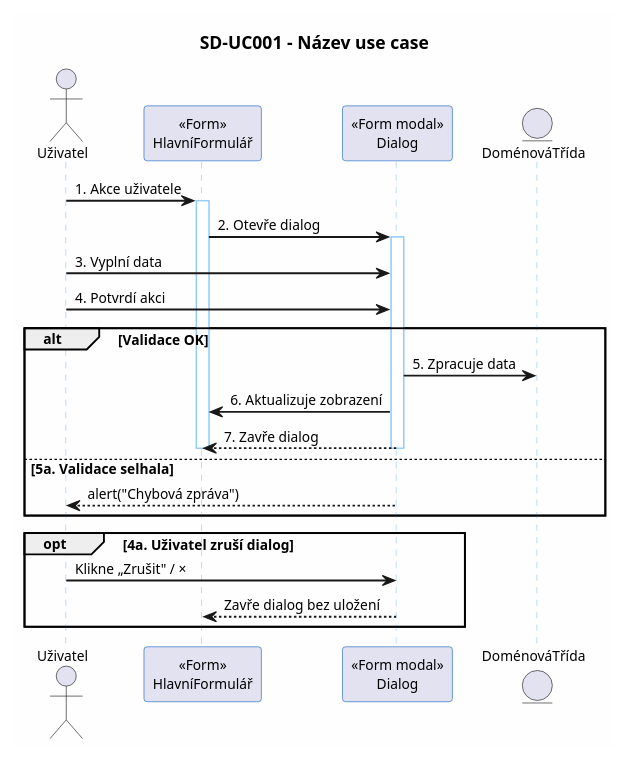
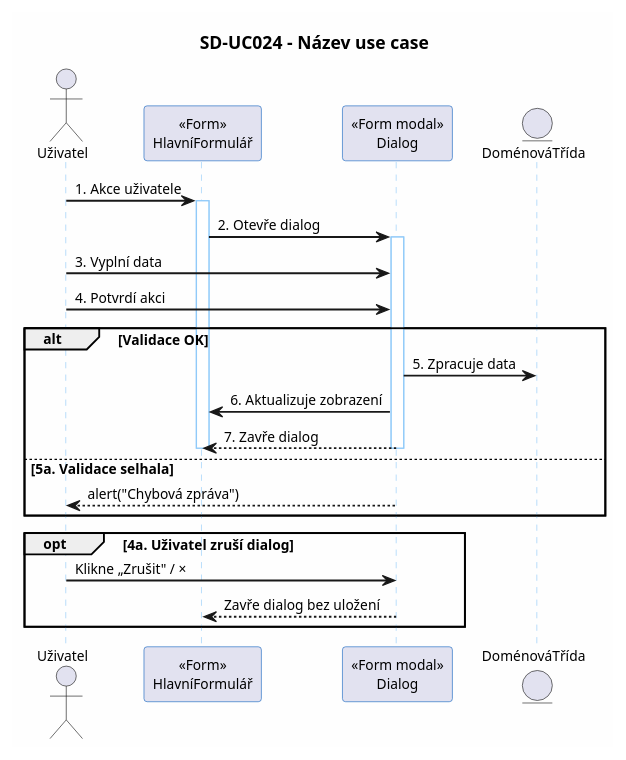
One commit to pvratny-droid/app.pvklok.eu changed the diagram in c3hub/RQU003 - Mise operace cviceni/analyza-md/diagrams/sd_template.puml. Above: the diagram before and after it, drawn with PlantUML. The commit also changed 197 other files, not shown here.

```diff
--- a/c3hub/RQU003 - Mise operace cviceni/analyza-md/diagrams/sd_template.puml
+++ b/c3hub/RQU003 - Mise operace cviceni/analyza-md/diagrams/sd_template.puml
@@ -1,46 +1,46 @@
-@startuml SD-UC001
+@startuml SD-UC024
 skinparam defaultFontName "Segoe UI"
 skinparam defaultFontSize 11
 skinparam backgroundColor #FEFEFE
 skinparam sequenceArrowThickness 1.5
 skinparam sequenceParticipantBorderColor #1565C0
 skinparam sequenceLifeLineBorderColor #90CAF9
 
-title SD-UC001 – Název use case
+title SD-UC024 – Název use case
 
 ' === KONVENCE ===
 ' - Účastníci: actor pro uživatele, participant pro GUI třídy, entity pro doménové třídy
 ' - Stereotypy v názvu: <<Form>>, <<Form grid area>>, <<Form modal>>
 ' - Kroky: číslované (1., 2., 3...) v popiscích zpráv
 ' - Alternativy: alt/else/end fragmenty
 ' - Volitelné toky: opt fragment
 ' - Aktivace/deaktivace pro přehlednost
 
 actor "Uživatel" as U
 participant "<<Form>>\nHlavníFormulář" as HF
 participant "<<Form modal>>\nDialog" as DG
 entity "DoménováTřída" as DT
 
 U -> HF : 1. Akce uživatele
 activate HF
 HF -> DG : 2. Otevře dialog
 activate DG
 U -> DG : 3. Vyplní data
 U -> DG : 4. Potvrdí akci
 
 alt Validace OK
     DG -> DT : 5. Zpracuje data
     DG -> HF : 6. Aktualizuje zobrazení
     DG --> HF : 7. Zavře dialog
     deactivate DG
     deactivate HF
 else 5a. Validace selhala
     DG --> U : alert("Chybová zpráva")
 end
 
 opt 4a. Uživatel zruší dialog
     U -> DG : Klikne „Zrušit" / ×
     DG --> HF : Zavře dialog bez uložení
 end
 
 @enduml
```
